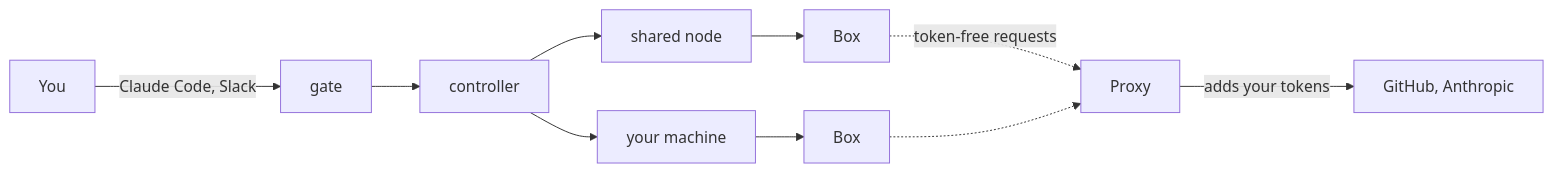
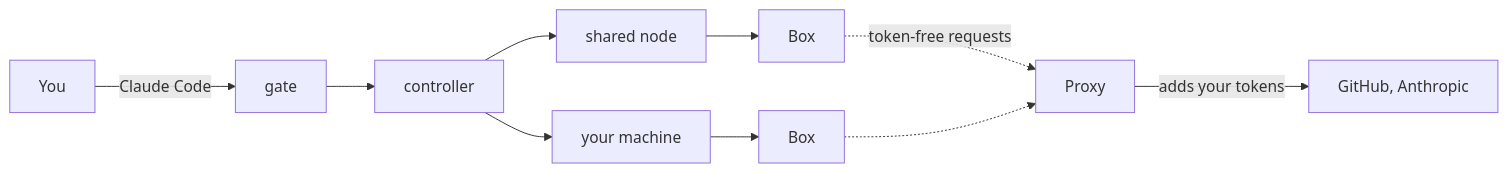
One commit to IniZio/moor changed the diagram in README.md. Above: the diagram before and after it, drawn with Mermaid. The commit also changed other lines of this file and 21 other files, not shown here.

````diff
--- a/README.md
+++ b/README.md
@@ -22,12 +22,12 @@
 ```mermaid
 flowchart LR
-	P[You] -->|Claude Code, Slack| G[gate]
+	P[You] -->|Claude Code| G[gate]
 	G --> C[controller]
 	C --> N1[shared node]
 	C --> N2[your machine]
 	N1 --> B1[Box]
 	N2 --> B2[Box]
 	B1 -. token-free requests .-> X[Proxy]
 	B2 -.-> X
 	X -->|adds your tokens| A[GitHub, Anthropic]
 ```
````
